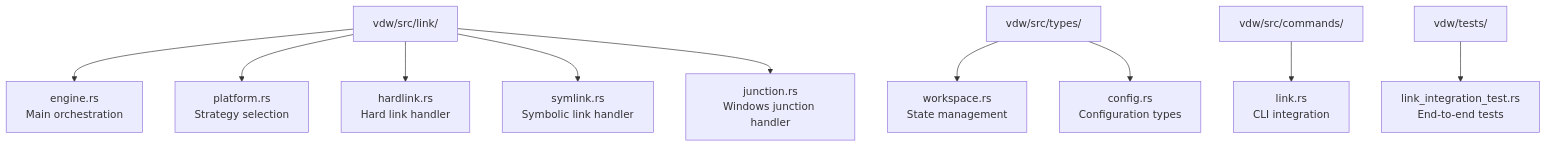
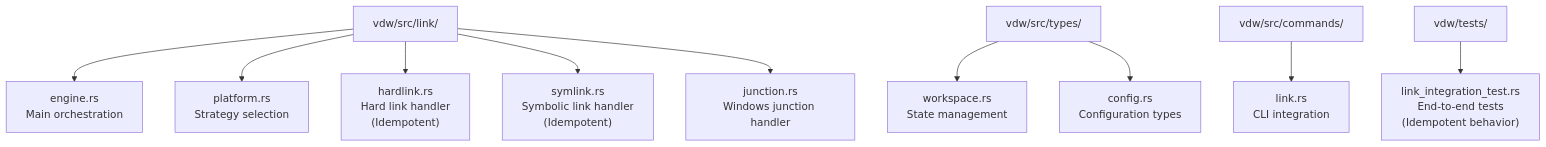
One commit to HWH-2019/vdw changed the first of 6 diagrams in .qoder/repowiki/en/content/Core Features Documentation/Link Engine & Logical Workspace Construction.md. Above: the diagram before and after it, drawn with Mermaid. The commit also changed other lines of this file and 14 other files, not shown here.

````diff
--- a/.qoder/repowiki/en/content/Core Features Documentation/Link Engine & Logical Workspace Construction.md
+++ b/.qoder/repowiki/en/content/Core Features Documentation/Link Engine & Logical Workspace Construction.md
@@ -50,12 +53,12 @@
 ```mermaid
 graph TB
 A["vdw/src/link/"] --> B["engine.rs<br/>Main orchestration"]
 A --> C["platform.rs<br/>Strategy selection"]
-A --> D["hardlink.rs<br/>Hard link handler"]
-A --> E["symlink.rs<br/>Symbolic link handler"]
+A --> D["hardlink.rs<br/>Hard link handler<br/>(Idempotent)"]
+A --> E["symlink.rs<br/>Symbolic link handler<br/>(Idempotent)"]
 A --> F["junction.rs<br/>Windows junction handler"]
 G["vdw/src/types/"] --> H["workspace.rs<br/>State management"]
 G --> I["config.rs<br/>Configuration types"]
 J["vdw/src/commands/"] --> K["link.rs<br/>CLI integration"]
-L["vdw/tests/"] --> M["link_integration_test.rs<br/>End-to-end tests"]
+L["vdw/tests/"] --> M["link_integration_test.rs<br/>End-to-end tests<br/>(Idempotent behavior)"]
 ```
````
